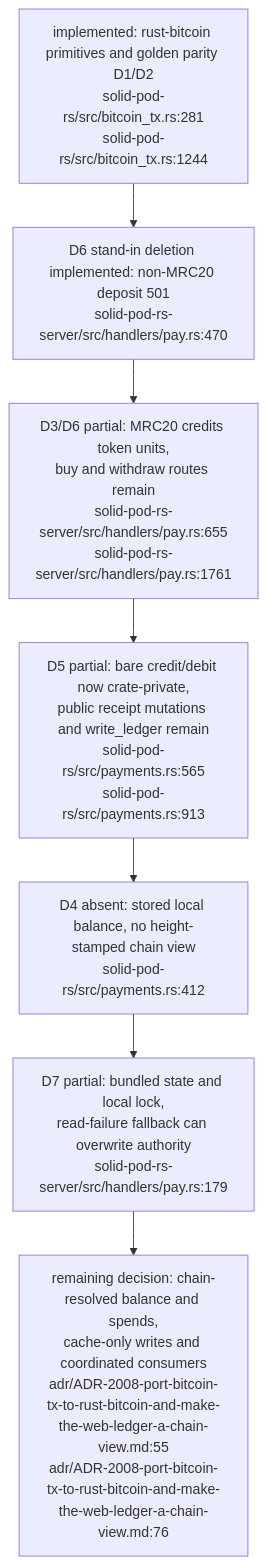
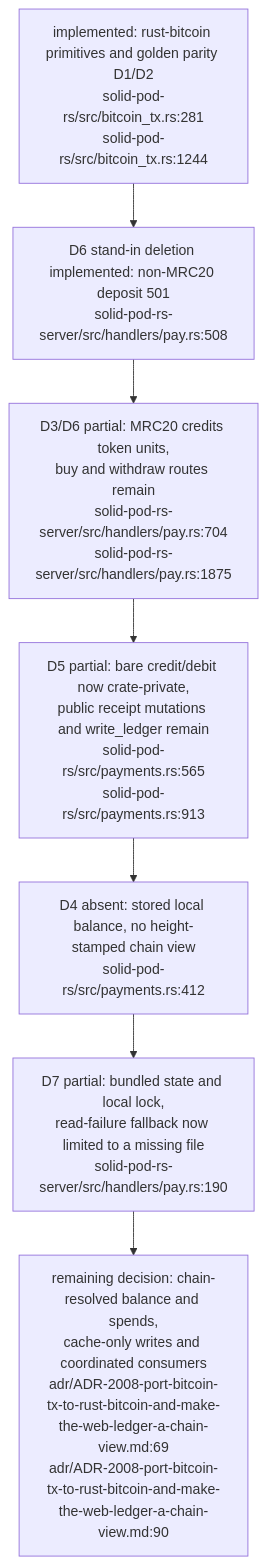
One commit to DreamLab-AI/VisionFlow changed diagram 17 of 19 in docs/diagrams/solid-pod-rs/07-provenance-and-payments.md. Above: the diagram before and after it, drawn with Mermaid. The commit also changed other lines of this file and 59 other files, not shown here.

First line of the commit message:
docs(diagrams): re-derive and re-stamp forum, website, pod, ontomark and sealmap topics

````diff
--- a/docs/diagrams/solid-pod-rs/07-provenance-and-payments.md
+++ b/docs/diagrams/solid-pod-rs/07-provenance-and-payments.md
@@ -491,11 +493,11 @@
 ```mermaid
 flowchart TD
     PORT["implemented: rust-bitcoin primitives and golden parity D1/D2<br/>solid-pod-rs/src/bitcoin_tx.rs:281<br/>solid-pod-rs/src/bitcoin_tx.rs:1244"]
-    TXO["D6 stand-in deletion implemented: non-MRC20 deposit 501<br/>solid-pod-rs-server/src/handlers/pay.rs:470"]
-    MRC["D3/D6 partial: MRC20 credits token units,<br/>buy and withdraw routes remain<br/>solid-pod-rs-server/src/handlers/pay.rs:655<br/>solid-pod-rs-server/src/handlers/pay.rs:1761"]
+    TXO["D6 stand-in deletion implemented: non-MRC20 deposit 501<br/>solid-pod-rs-server/src/handlers/pay.rs:508"]
+    MRC["D3/D6 partial: MRC20 credits token units,<br/>buy and withdraw routes remain<br/>solid-pod-rs-server/src/handlers/pay.rs:704<br/>solid-pod-rs-server/src/handlers/pay.rs:1875"]
     API["D5 partial: bare credit/debit now crate-private,<br/>public receipt mutations and write_ledger remain<br/>solid-pod-rs/src/payments.rs:565<br/>solid-pod-rs/src/payments.rs:913"]
     LOCAL["D4 absent: stored local balance, no height-stamped chain view<br/>solid-pod-rs/src/payments.rs:412"]
-    ATOMIC["D7 partial: bundled state and local lock,<br/>read-failure fallback can overwrite authority<br/>solid-pod-rs-server/src/handlers/pay.rs:179"]
-    PLAN["remaining decision: chain-resolved balance and spends,<br/>cache-only writes and coordinated consumers<br/>adr/ADR-2008-port-bitcoin-tx-to-rust-bitcoin-and-make-the-web-ledger-a-chain-view.md:55<br/>adr/ADR-2008-port-bitcoin-tx-to-rust-bitcoin-and-make-the-web-ledger-a-chain-view.md:76"]
+    ATOMIC["D7 partial: bundled state and local lock,<br/>read-failure fallback now limited to a missing file<br/>solid-pod-rs-server/src/handlers/pay.rs:190"]
+    PLAN["remaining decision: chain-resolved balance and spends,<br/>cache-only writes and coordinated consumers<br/>adr/ADR-2008-port-bitcoin-tx-to-rust-bitcoin-and-make-the-web-ledger-a-chain-view.md:69<br/>adr/ADR-2008-port-bitcoin-tx-to-rust-bitcoin-and-make-the-web-ledger-a-chain-view.md:90"]
     PORT --> TXO --> MRC --> API --> LOCAL --> ATOMIC --> PLAN
 ```
````
